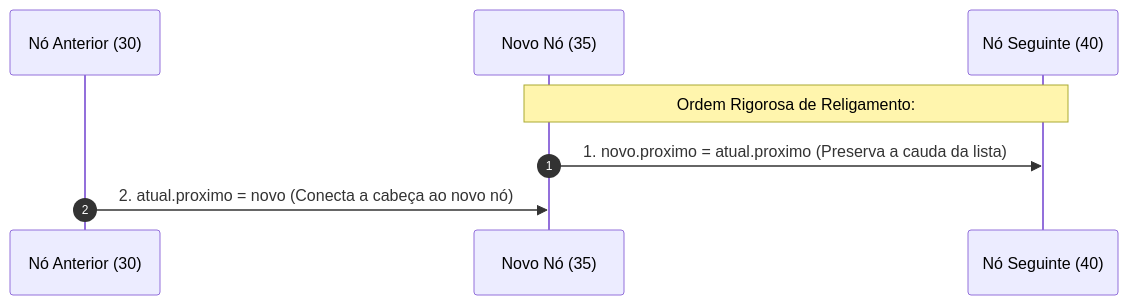
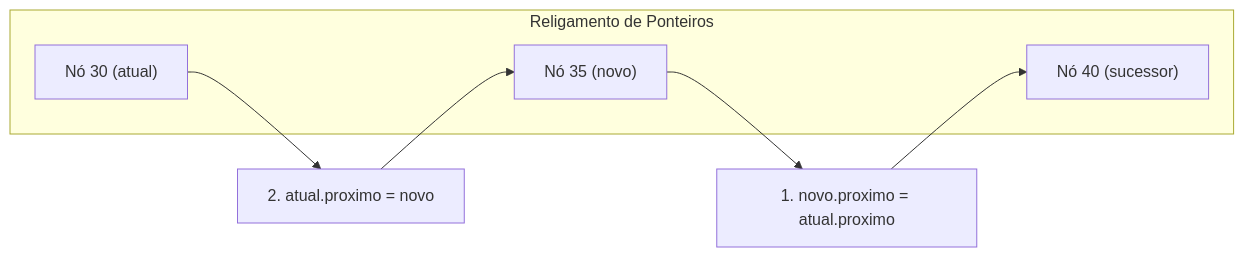
One commit to murilolol/unifef changed diagram 18 of 27 in 4º Semestre/[Prof. Wesley Soares] Estrutura de Dados I/Resumos-IA/Caderno-Consolidado.md. Above: the diagram before and after it, drawn with Mermaid. The commit also changed other lines of this file and 40 other files, not shown here.

````diff
--- a/4º Semestre/[Prof. Wesley Soares] Estrutura de Dados I/Resumos-IA/Caderno-Consolidado.md
+++ b/4º Semestre/[Prof. Wesley Soares] Estrutura de Dados I/Resumos-IA/Caderno-Consolidado.md
@@ -631,11 +798,14 @@
 ```mermaid
-sequenceDiagram
-    autonumber
-    participant Ant as Nó Anterior (30)
-    participant Novo as Novo Nó (35)
-    participant Prox as Nó Seguinte (40)
-
-    Note over Novo,Prox: Ordem Rigorosa de Religamento:
-    Novo->>Prox: 1. novo.proximo = atual.proximo (Preserva a cauda da lista)
-    Ant->>Novo: 2. atual.proximo = novo (Conecta a cabeça ao novo nó)
+flowchart LR
+    subgraph Religamento["Religamento de Ponteiros"]
+        N30["Nó 30 (atual)"]
+        N35["Nó 35 (novo)"]
+        N40["Nó 40 (sucessor)"]
+    end
+    
+    Passo1["1. novo.proximo = atual.proximo"]
+    Passo2["2. atual.proximo = novo"]
+    
+    N30 --> Passo2 --> N35
+    N35 --> Passo1 --> N40
 ```
````
